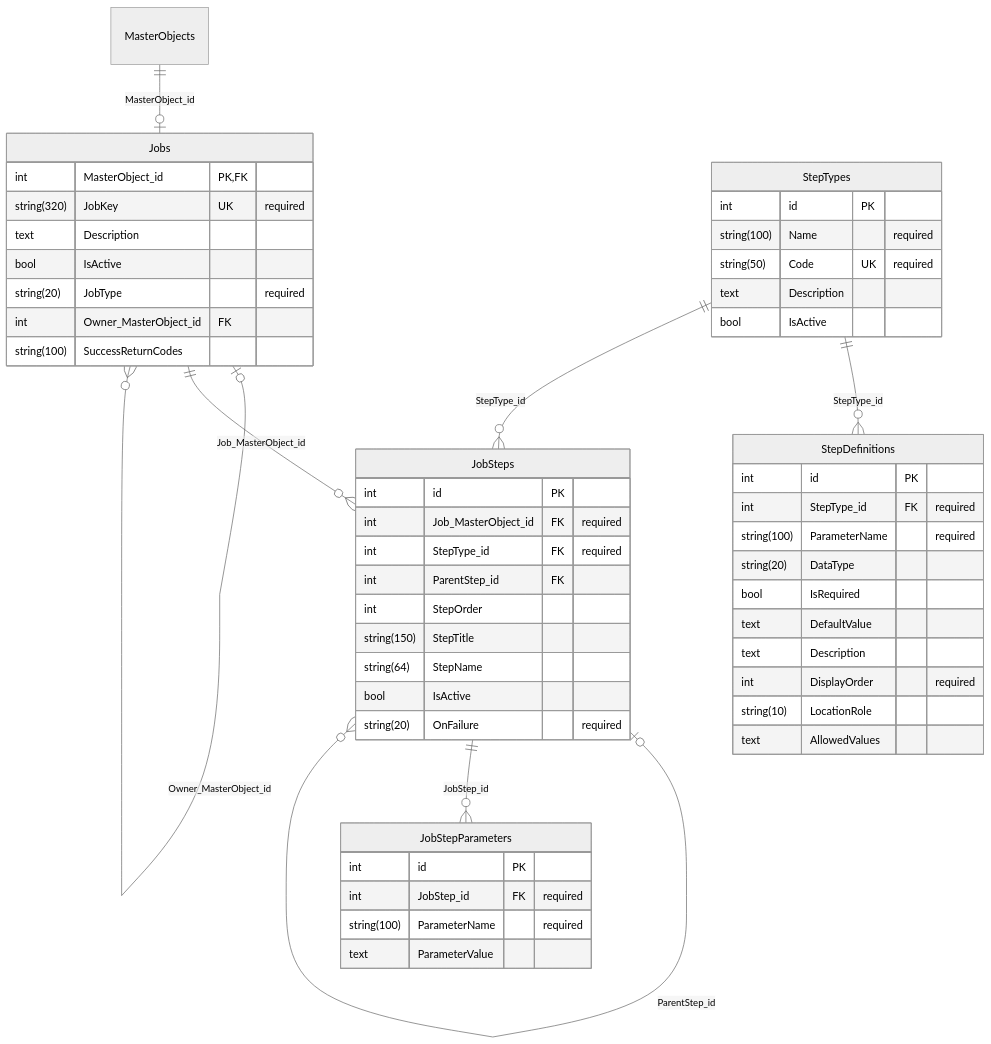
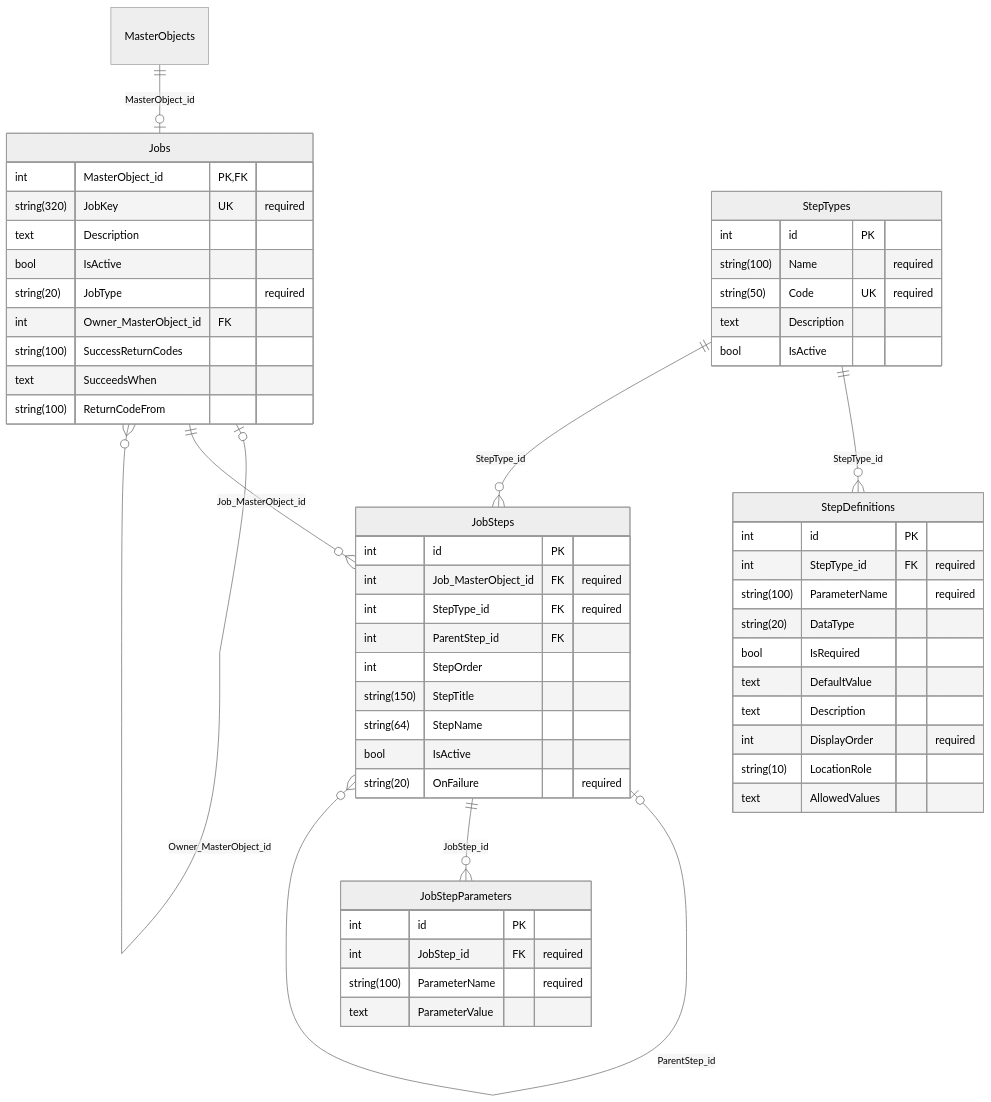
The third of 5 diagrams in docs/DB_SCHEMA.md (JayCBoal/AutomationApp), drawn with Mermaid (neutral theme) before and after one commit. The commit also changed other lines of this file and 40 other files, not shown here.

````diff
--- a/docs/DB_SCHEMA.md
+++ b/docs/DB_SCHEMA.md
@@ -149,55 +150,57 @@
 ```mermaid
 erDiagram
     Jobs {
         int MasterObject_id PK, FK
         string(320) JobKey UK "required"
         text Description
         bool IsActive
         string(20) JobType "required"
         int Owner_MasterObject_id FK
         string(100) SuccessReturnCodes
+        text SucceedsWhen
+        string(100) ReturnCodeFrom
     }
     JobSteps {
         int id PK
         int Job_MasterObject_id FK "required"
         int StepType_id FK "required"
         int ParentStep_id FK
         int StepOrder
         string(150) StepTitle
         string(64) StepName
         bool IsActive
         string(20) OnFailure "required"
     }
     JobStepParameters {
         int id PK
         int JobStep_id FK "required"
         string(100) ParameterName "required"
         text ParameterValue
     }
     StepTypes {
         int id PK
         string(100) Name "required"
         string(50) Code UK "required"
         text Description
         bool IsActive
     }
     StepDefinitions {
         int id PK
         int StepType_id FK "required"
         string(100) ParameterName "required"
         string(20) DataType
         bool IsRequired
         text DefaultValue
         text Description
         int DisplayOrder "required"
         string(10) LocationRole
         text AllowedValues
     }
     MasterObjects ||--o| Jobs : "MasterObject_id"
     Jobs |o--o{ Jobs : "Owner_MasterObject_id"
     StepTypes ||--o{ StepDefinitions : "StepType_id"
     Jobs ||--o{ JobSteps : "Job_MasterObject_id"
     StepTypes ||--o{ JobSteps : "StepType_id"
     JobSteps |o--o{ JobSteps : "ParentStep_id"
     JobSteps ||--o{ JobStepParameters : "JobStep_id"
 ```
````
